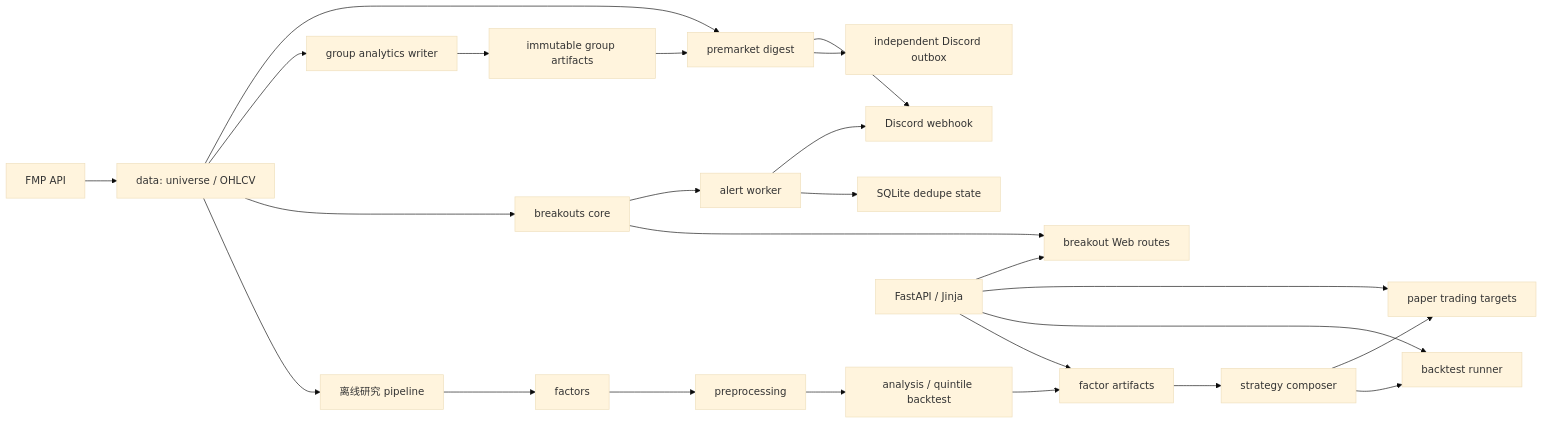
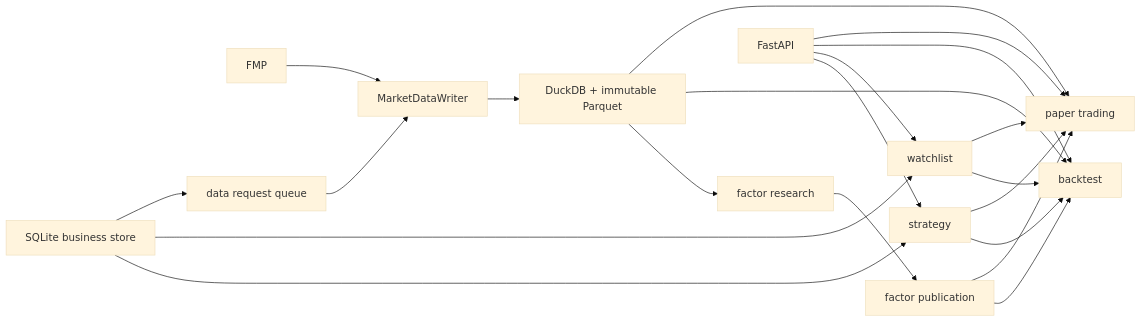
Before and after one commit to Clno1/quant-factor-framework: the diagram in docs/project_architecture.md, drawn with Mermaid (base theme). The commit also changed other lines of this file and 203 other files, not shown here.

Commit message:
Unify production data and trading workflows

````diff
--- a/docs/project_architecture.md
+++ b/docs/project_architecture.md
@@ -20,32 +25,27 @@
 ```mermaid
 flowchart LR
-    FMP["FMP API"] --> DATA["data: universe / OHLCV"]
+    FMP["FMP"] --> WRITER["MarketDataWriter"]
+    WRITER --> DATA["DuckDB + immutable Parquet"]
+    DATA --> RESEARCH["factor research"]
+    RESEARCH --> FACTOR["factor publication"]
 
-    DATA --> PIPE["离线研究 pipeline"]
-    PIPE --> FAC["factors"]
-    FAC --> PRE["preprocessing"]
-    PRE --> ANA["analysis / quintile backtest"]
-    ANA --> FOUT["factor artifacts"]
+    APP["SQLite business store"] --> STRATEGY["strategy"]
+    APP --> WATCHLIST["watchlist"]
+    APP --> QUEUE["data request queue"]
+    QUEUE --> WRITER
 
-    FOUT --> STRAT["strategy composer"]
-    STRAT --> BT["backtest runner"]
-    STRAT --> PAPER["paper trading targets"]
+    DATA --> BACKTEST["backtest"]
+    FACTOR --> BACKTEST
+    STRATEGY --> BACKTEST
+    WATCHLIST --> BACKTEST
 
-    DATA --> BO["breakouts core"]
-    BO --> BWEB["breakout Web routes"]
-    BO --> ALERT["alert worker"]
-    ALERT --> STATE["SQLite dedupe state"]
-    ALERT --> DISC["Discord webhook"]
+    DATA --> PAPER["paper trading"]
+    FACTOR --> PAPER
+    STRATEGY --> PAPER
+    WATCHLIST --> PAPER
 
-    DATA --> GROUP["group analytics writer"]
-    GROUP --> GOUT["immutable group artifacts"]
-    DATA --> PREOPEN["premarket digest"]
-    GOUT --> PREOPEN
-    PREOPEN --> PSTATE["independent Discord outbox"]
-    PREOPEN --> DISC
-
-    WEB["FastAPI / Jinja"] --> FOUT
-    WEB --> BT
+    WEB["FastAPI"] --> STRATEGY
+    WEB --> WATCHLIST
+    WEB --> BACKTEST
     WEB --> PAPER
-    WEB --> BWEB
 ```
````
